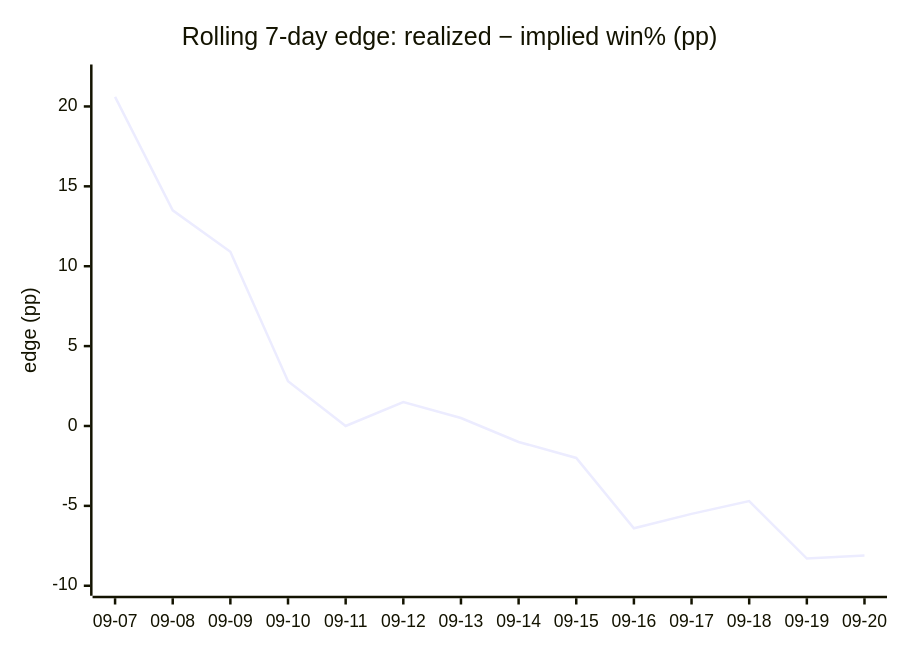
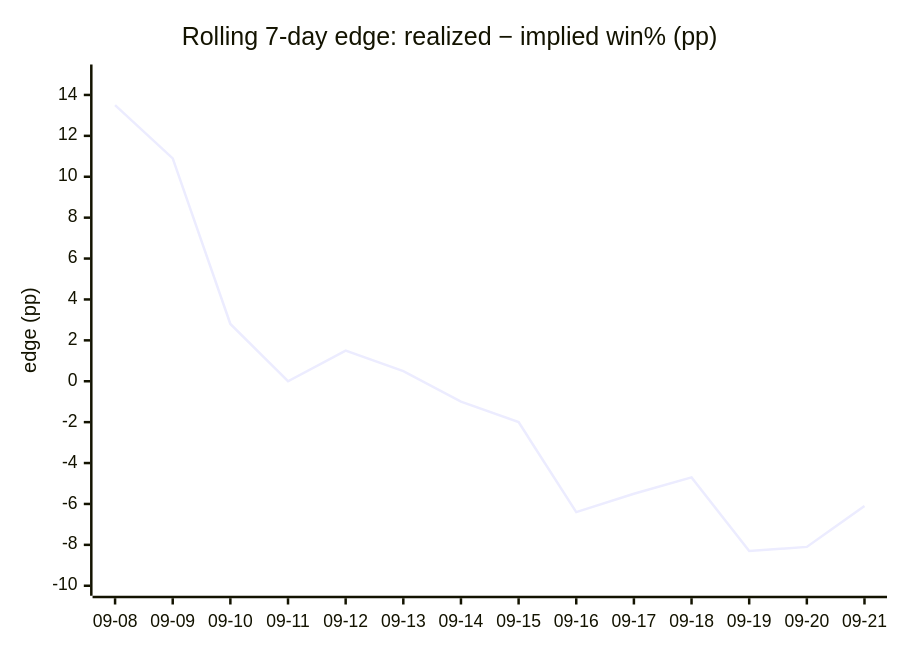
The fourth of 4 diagrams in DAILY_AGSU_REPORT.md (dpk1212/nhl-savant), drawn with Mermaid before and after one commit. The commit also changed other lines of this file, not shown here.

````diff
--- a/DAILY_AGSU_REPORT.md
+++ b/DAILY_AGSU_REPORT.md
@@ -868,7 +865,7 @@
 ```mermaid
 xychart-beta
     title "Rolling 7-day edge: realized − implied win% (pp)"
-    x-axis ["09-07", "09-08", "09-09", "09-10", "09-11", "09-12", "09-13", "09-14", "09-15", "09-16", "09-17", "09-18", "09-19", "09-20"]
-    y-axis "edge (pp)" -10 --> 22
-    line [20.6, 13.5, 10.9, 2.8, 0, 1.5, 0.5, -1, -2, -6.4, -5.5, -4.7, -8.3, -8.1]
+    x-axis ["09-08", "09-09", "09-10", "09-11", "09-12", "09-13", "09-14", "09-15", "09-16", "09-17", "09-18", "09-19", "09-20", "09-21"]
+    y-axis "edge (pp)" -10 --> 15
+    line [13.5, 10.9, 2.8, 0, 1.5, 0.5, -1, -2, -6.4, -5.5, -4.7, -8.3, -8.1, -6.1]
 ```
````
